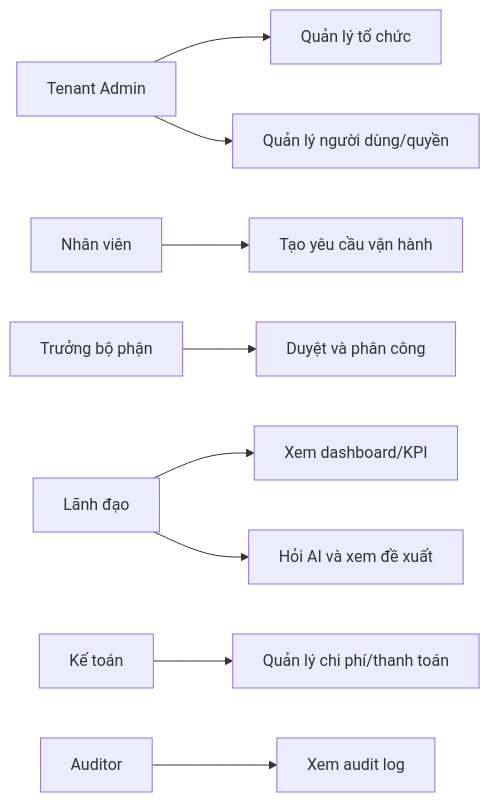
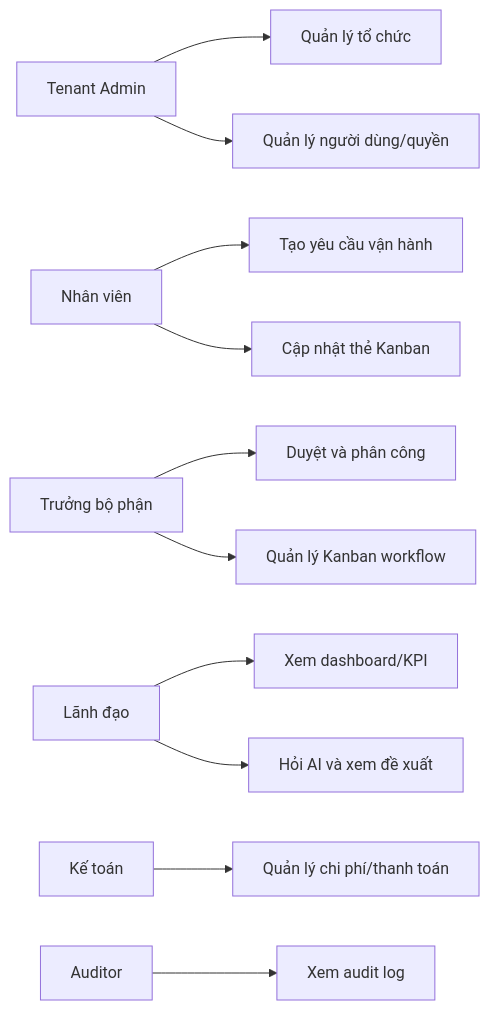
The third of 10 diagrams in docs/02-Graduation-Project-Report.md (quanptatb/OmniBizAI), drawn with Mermaid before and after one commit. The commit also changed other lines of this file and 15 other files, not shown here.

Commit message:
feat: implement workflow operations module with Kanban board, task details, and approval tracking

````diff
--- a/docs/02-Graduation-Project-Report.md
+++ b/docs/02-Graduation-Project-Report.md
@@ -209,11 +227,13 @@
 ```mermaid
 flowchart LR
     Admin["Tenant Admin"] --> UC1["Quản lý tổ chức"]
     Admin --> UC2["Quản lý người dùng/quyền"]
     Staff["Nhân viên"] --> UC3["Tạo yêu cầu vận hành"]
+    Staff --> UC9["Cập nhật thẻ Kanban"]
     Manager["Trưởng bộ phận"] --> UC4["Duyệt và phân công"]
+    Manager --> UC10["Quản lý Kanban workflow"]
     Executive["Lãnh đạo"] --> UC5["Xem dashboard/KPI"]
     Executive --> UC6["Hỏi AI và xem đề xuất"]
     Accountant["Kế toán"] --> UC7["Quản lý chi phí/thanh toán"]
     Auditor["Auditor"] --> UC8["Xem audit log"]
 ```
````
